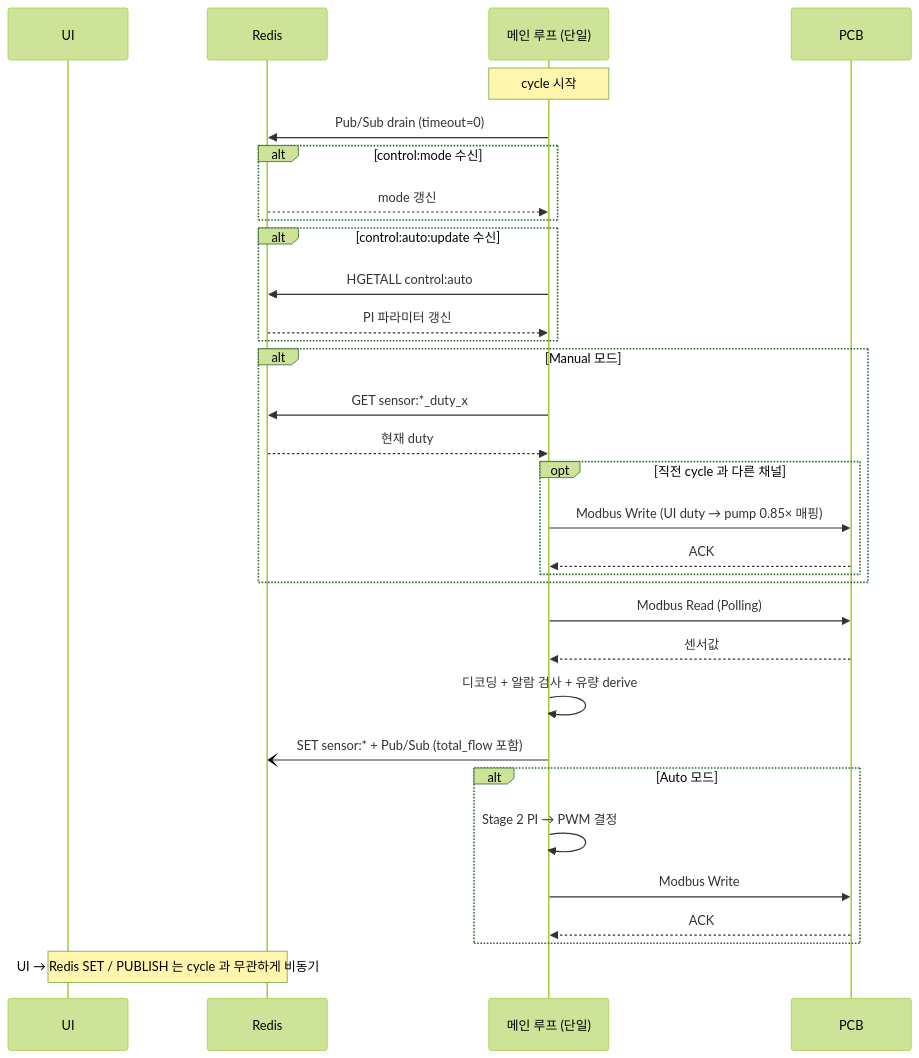
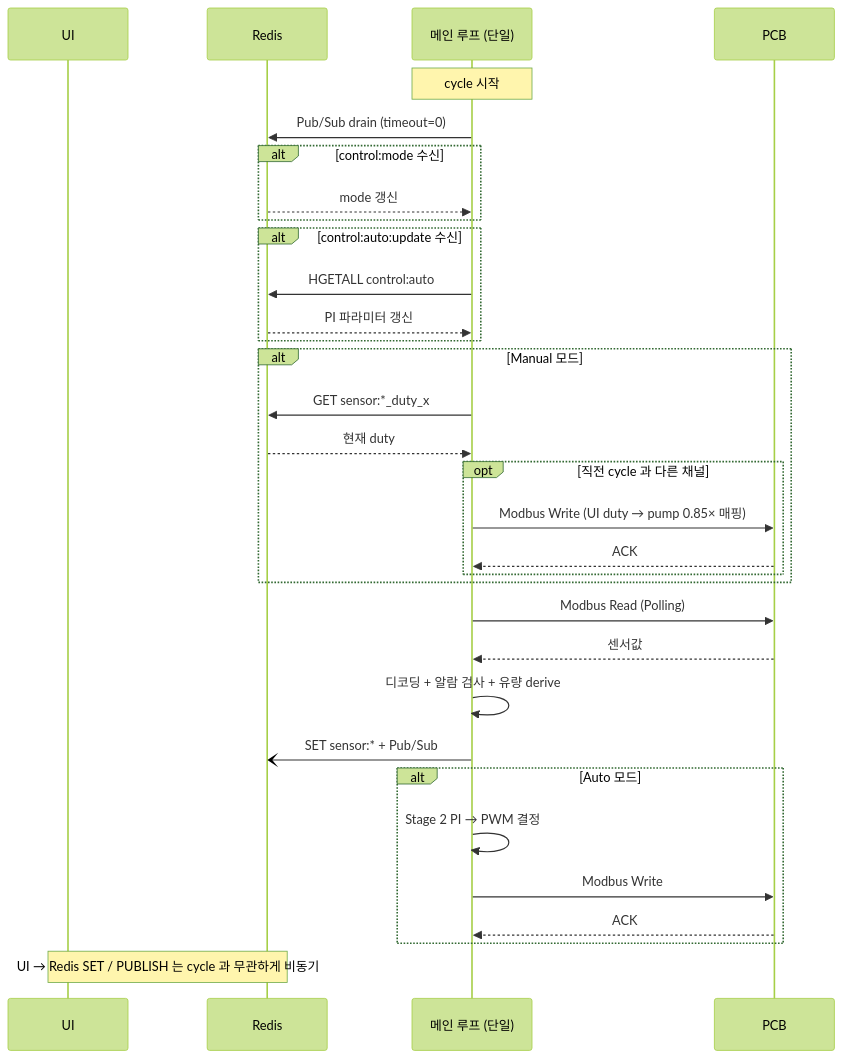
The diagram in docs/MCG.md (DEEPGadget/L2A_CDU_system), drawn with Mermaid (forest theme) before and after one commit. The commit also changed other lines of this file and 15 other files, not shown here.

````diff
--- a/docs/MCG.md
+++ b/docs/MCG.md
@@ -137,39 +137,39 @@
 ```mermaid
 sequenceDiagram
     participant UI as UI
     participant Redis as Redis
     participant Main as 메인 루프 (단일)
     participant PCB as PCB
 
     Note over Main: cycle 시작
     Main->>Redis: Pub/Sub drain (timeout=0)
     alt control:mode 수신
         Redis-->>Main: mode 갱신
     end
     alt control:auto:update 수신
         Main->>Redis: HGETALL control:auto
         Redis-->>Main: PI 파라미터 갱신
     end
 
     alt Manual 모드
         Main->>Redis: GET sensor:*_duty_x
         Redis-->>Main: 현재 duty
         opt 직전 cycle 과 다른 채널
             Main->>PCB: Modbus Write (UI duty → pump 0.85× 매핑)
             PCB-->>Main: ACK
         end
     end
 
     Main->>PCB: Modbus Read (Polling)
     PCB-->>Main: 센서값
     Main->>Main: 디코딩 + 알람 검사 + 유량 derive
-    Main-)Redis: SET sensor:* + Pub/Sub (total_flow 포함)
+    Main-)Redis: SET sensor:* + Pub/Sub
 
     alt Auto 모드
         Main->>Main: Stage 2 PI → PWM 결정
         Main->>PCB: Modbus Write
         PCB-->>Main: ACK
     end
 
     Note over UI,Redis: UI → Redis SET / PUBLISH 는 cycle 과 무관하게 비동기
 ```
````
